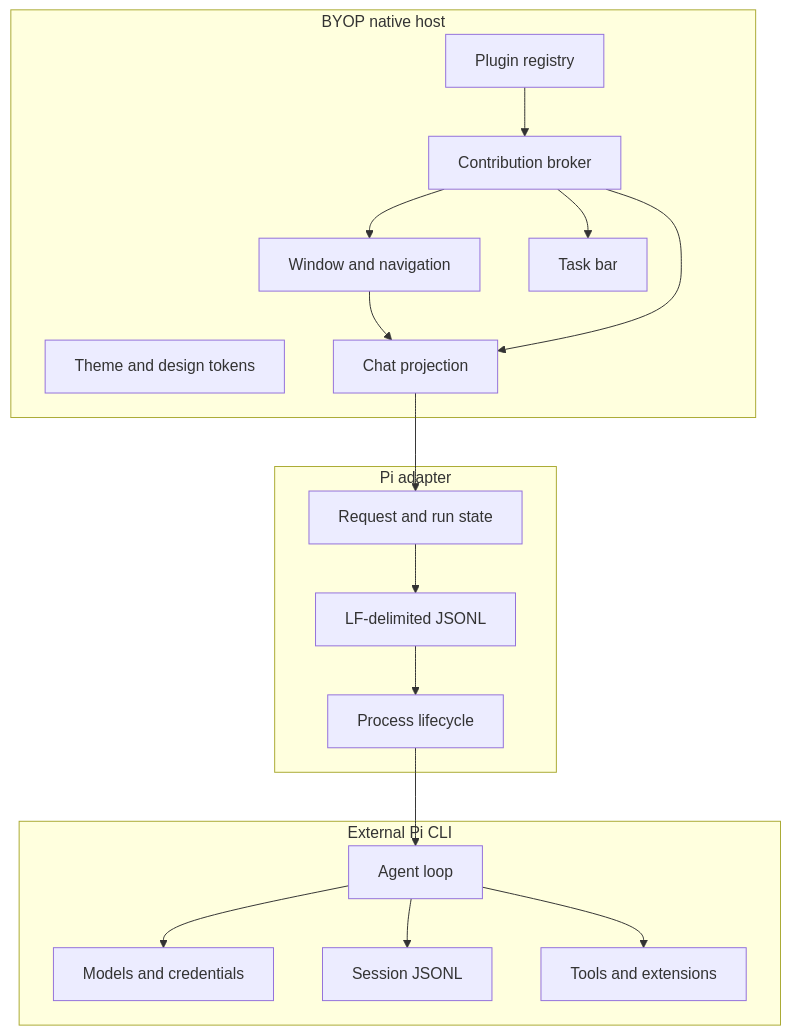
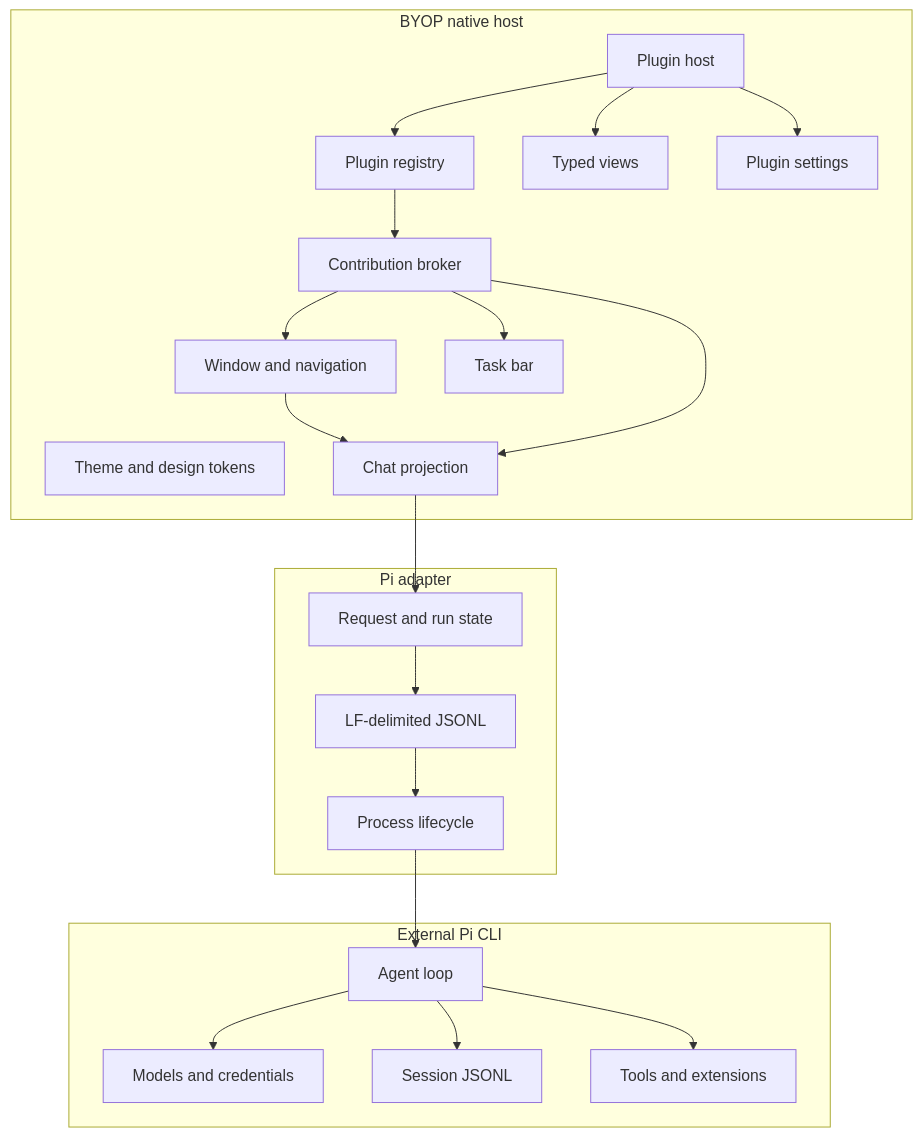
The first of 2 diagrams in docs/architecture.md (lexleizou/byop), drawn with Mermaid before and after one commit. The commit also changed other lines of this file and 22 other files, not shown here.

Commit message:
feat: add node plugin runtime, views, settings and host calls (P4.2)

````diff
--- a/docs/architecture.md
+++ b/docs/architecture.md
@@ -11,37 +11,43 @@
 ```mermaid
 flowchart TB
     subgraph Host[BYOP native host]
         Shell[Window and navigation]
         Theme[Theme and design tokens]
         Chat[Chat projection]
         Tasks[Task bar]
         Registry[Plugin registry]
         Broker[Contribution broker]
+        PluginHost[Plugin host]
+        Views[Typed views]
+        Settings[Plugin settings]
     end
 
     subgraph Adapter[Pi adapter]
         Process[Process lifecycle]
         JSONL[LF-delimited JSONL]
         State[Request and run state]
     end
 
     subgraph Pi[External Pi CLI]
         Agent[Agent loop]
         Models[Models and credentials]
         Sessions[Session JSONL]
         Tools[Tools and extensions]
     end
 
     Shell --> Chat
     Chat --> State
     State --> JSONL
     JSONL --> Process
     Process --> Agent
     Agent --> Models
     Agent --> Sessions
     Agent --> Tools
     Registry --> Broker
     Broker --> Shell
     Broker --> Chat
     Broker --> Tasks
+    PluginHost --> Registry
+    PluginHost --> Views
+    PluginHost --> Settings
 ```
````
